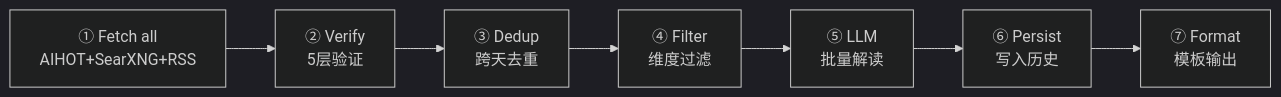
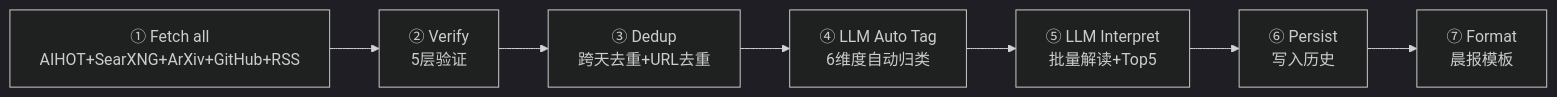
One commit to xinovate/linglong-knowledge changed the second of 3 diagrams in docs/ingest/design/00-overview.md. Above: the diagram before and after it, drawn with Mermaid (dark theme). The commit also changed other lines of this file and 16 other files, not shown here.

````diff
--- a/docs/ingest/design/00-overview.md
+++ b/docs/ingest/design/00-overview.md
@@ -131,9 +144,9 @@
 ```mermaid
 graph LR
-    S1["① Fetch all<br/>AIHOT+SearXNG+RSS"] --> S2["② Verify<br/>5层验证"]
-    S2 --> S3["③ Dedup<br/>跨天去重"]
-    S3 --> S4["④ Filter<br/>维度过滤"]
-    S4 --> S5["⑤ LLM<br/>批量解读"]
+    S1["① Fetch all<br/>AIHOT+SearXNG+ArXiv+GitHub+RSS"] --> S2["② Verify<br/>5层验证"]
+    S2 --> S3["③ Dedup<br/>跨天去重+URL去重"]
+    S3 --> S4["④ LLM Auto Tag<br/>6维度自动归类"]
+    S4 --> S5["⑤ LLM Interpret<br/>批量解读+Top5"]
     S5 --> S6["⑥ Persist<br/>写入历史"]
-    S6 --> S7["⑦ Format<br/>模板输出"]
+    S6 --> S7["⑦ Format<br/>晨报模板"]
 ```
````
